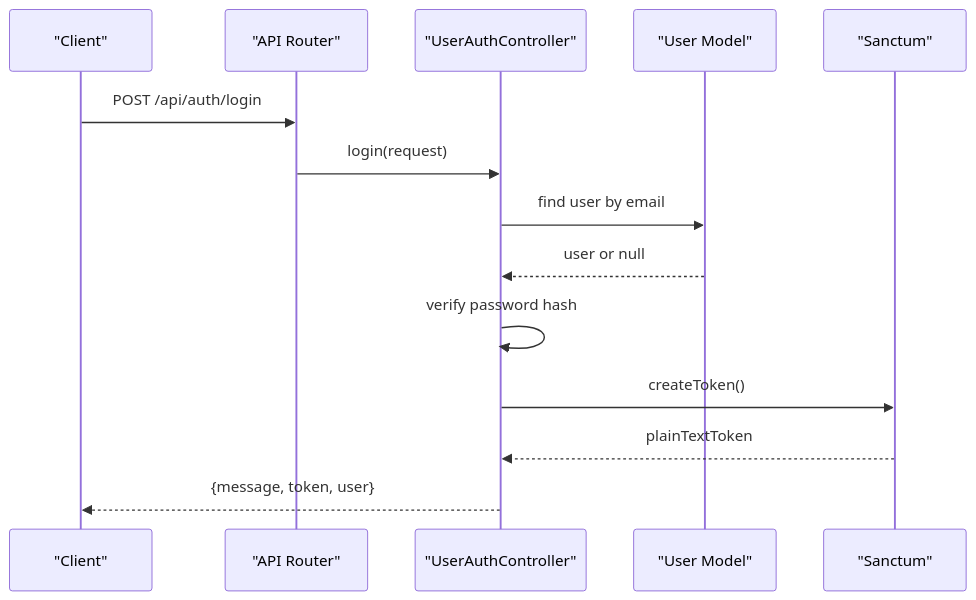
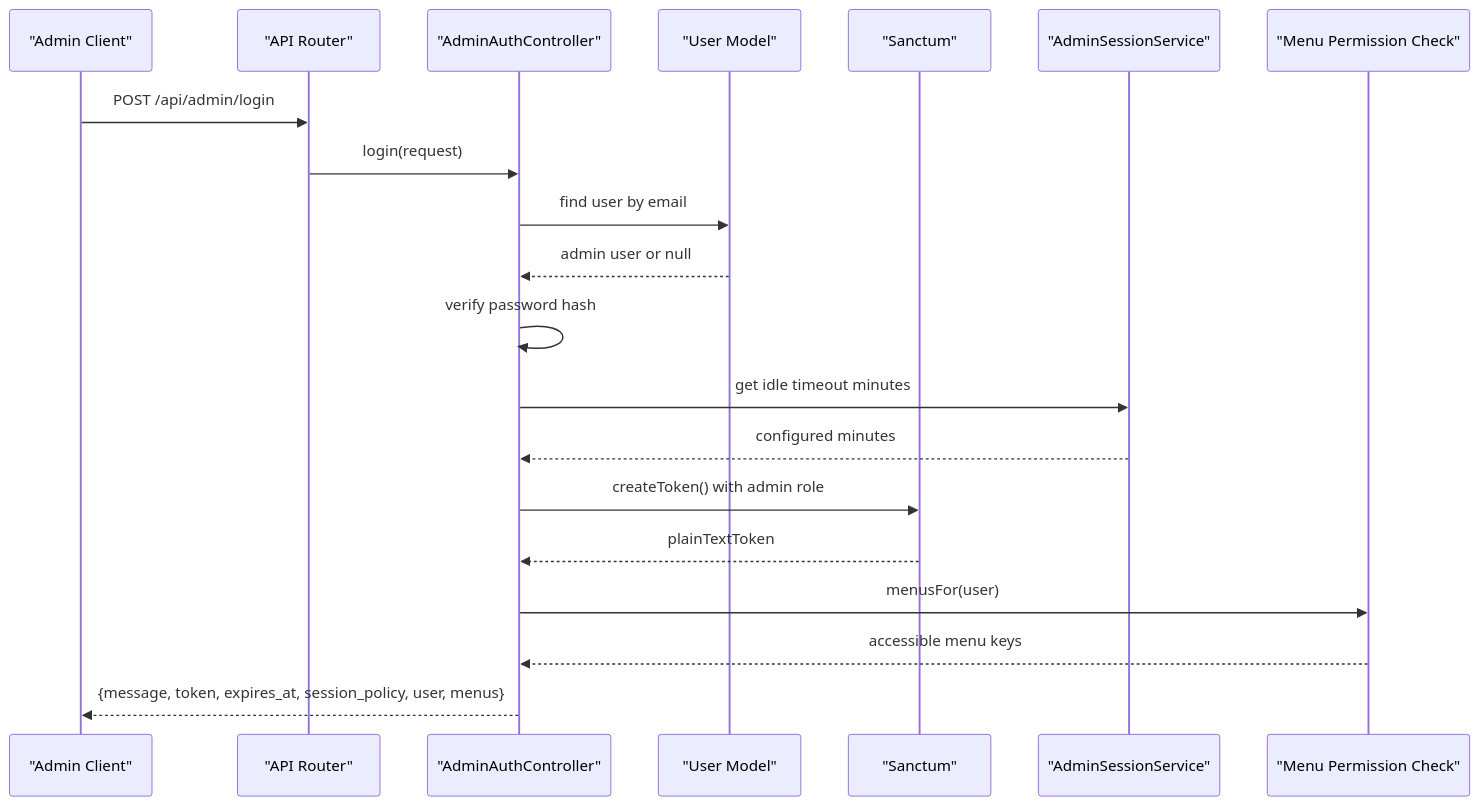
Before and after one commit to mahbub095/bus-app: the second of 3 diagrams in .qoder/repowiki/en/content/System Architecture/Backend Architecture/Routing Strategy/API Routes.md, drawn with Mermaid. The commit also changed other lines of this file and 460 other files, not shown here.

````diff
--- a/.qoder/repowiki/en/content/System Architecture/Backend Architecture/Routing Strategy/API Routes.md
+++ b/.qoder/repowiki/en/content/System Architecture/Backend Architecture/Routing Strategy/API Routes.md
@@ -107,16 +135,22 @@
 ```mermaid
 sequenceDiagram
-participant Client as "Client"
+participant Client as "Admin Client"
 participant Router as "API Router"
-participant AuthCtrl as "UserAuthController"
+participant AdminAuth as "AdminAuthController"
 participant UserModel as "User Model"
 participant Sanctum as "Sanctum"
-Client->>Router : POST /api/auth/login
-Router->>AuthCtrl : login(request)
-AuthCtrl->>UserModel : find user by email
-UserModel-->>AuthCtrl : user or null
-AuthCtrl->>AuthCtrl : verify password hash
-AuthCtrl->>Sanctum : createToken()
-Sanctum-->>AuthCtrl : plainTextToken
-AuthCtrl-->>Client : {message, token, user}
+participant SessionService as "AdminSessionService"
+participant MenuPerm as "Menu Permission Check"
+Client->>Router : POST /api/admin/login
+Router->>AdminAuth : login(request)
+AdminAuth->>UserModel : find user by email
+UserModel-->>AdminAuth : admin user or null
+AdminAuth->>AdminAuth : verify password hash
+AdminAuth->>SessionService : get idle timeout minutes
+SessionService-->>AdminAuth : configured minutes
+AdminAuth->>Sanctum : createToken() with admin role
+Sanctum-->>AdminAuth : plainTextToken
+AdminAuth->>MenuPerm : menusFor(user)
+MenuPerm-->>AdminAuth : accessible menu keys
+AdminAuth-->>Client : {message, token, expires_at, session_policy, user, menus}
 ```
````
